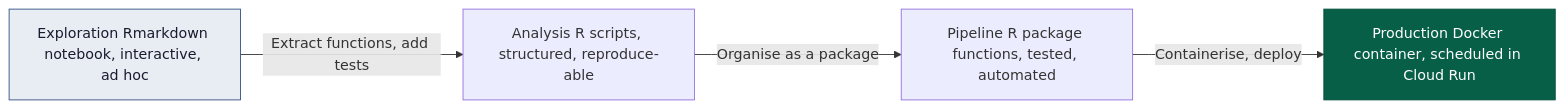
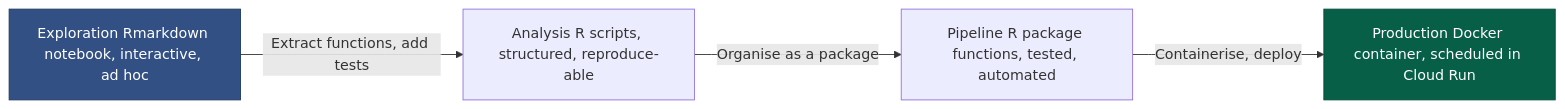
Before and after one commit to Ch3w3y/docker_gcp: the second of 4 diagrams in docs/code-organisation.md, drawn with Mermaid. The commit also changed other lines of this file and 6 other files, not shown here.

````diff
--- a/docs/code-organisation.md
+++ b/docs/code-organisation.md
@@ -57,13 +57,13 @@
 ```mermaid
 flowchart LR
     E["Exploration Rmarkdown notebook, interactive, ad hoc"]
     A["Analysis R scripts, structured, reproduce-able"]
     P["Pipeline R package functions, tested, automated"]
     PR["Production Docker container, scheduled in Cloud Run"]
 
     E -->|"Extract functions, add tests"| A
     A -->|"Organise as a package"| P
     P -->|"Containerise, deploy"| PR
-    style E fill:#e8edf4,stroke:#325083,color:#1a1a2e
+    style E fill:#325083,stroke:#1e3a5f,color:#ffffff
     style PR fill:#065f46,stroke:#064e3b,color:#ffffff
 ```
````
